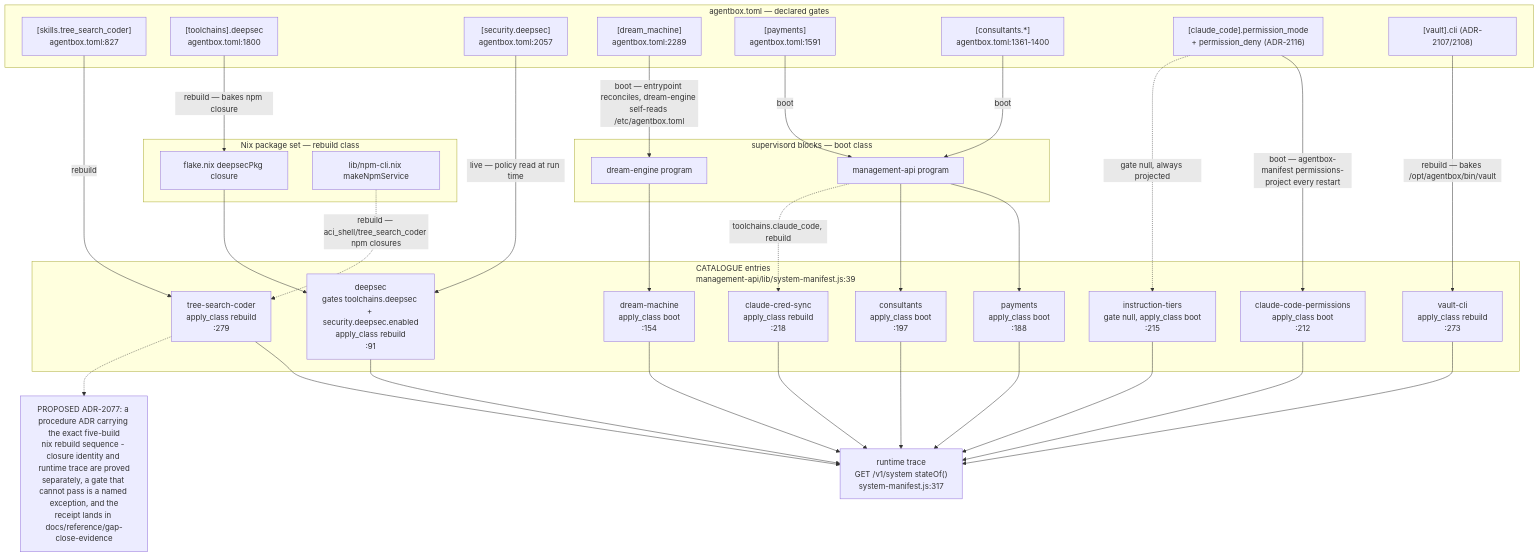
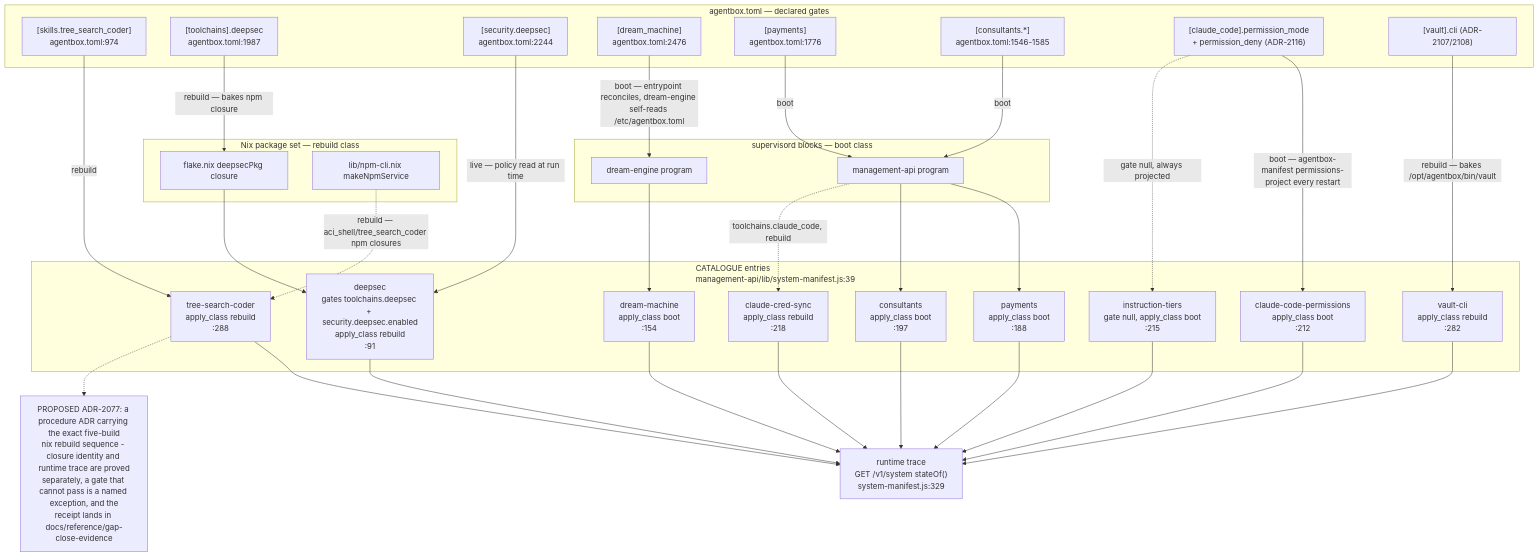
Before and after one commit to DreamLab-AI/VisionFlow: the first of 14 diagrams in docs/diagrams/agentbox/15-capability-gating-spend-consultants.md, drawn with Mermaid. The commit also changed other lines of this file and 80 other files, not shown here.

First line of the commit message:
docs(diagrams): re-verify the agentbox, dreamlab, estate and visionflow corpus against current sources

````diff
--- a/docs/diagrams/agentbox/15-capability-gating-spend-consultants.md
+++ b/docs/diagrams/agentbox/15-capability-gating-spend-consultants.md
@@ -52,61 +52,61 @@
 ```mermaid
 flowchart TD
     subgraph M["agentbox.toml — declared gates"]
-        M1["[skills.tree_search_coder]<br/>agentbox.toml:827"]
-        M2["[toolchains].deepsec<br/>agentbox.toml:1800"]
-        M3["[security.deepsec]<br/>agentbox.toml:2057"]
-        M4["[dream_machine]<br/>agentbox.toml:2289"]
-        M5["[payments]<br/>agentbox.toml:1591"]
-        M6["[consultants.*]<br/>agentbox.toml:1361-1400"]
+        M1["[skills.tree_search_coder]<br/>agentbox.toml:974"]
+        M2["[toolchains].deepsec<br/>agentbox.toml:1987"]
+        M3["[security.deepsec]<br/>agentbox.toml:2244"]
+        M4["[dream_machine]<br/>agentbox.toml:2476"]
+        M5["[payments]<br/>agentbox.toml:1776"]
+        M6["[consultants.*]<br/>agentbox.toml:1546-1585"]
         M7["[claude_code].permission_mode<br/>+ permission_deny (ADR-2116)"]
         M8["[vault].cli (ADR-2107/2108)"]
     end
     subgraph N["Nix package set — rebuild class"]
         N1["flake.nix deepsecPkg closure"]
         N2["lib/npm-cli.nix makeNpmService"]
     end
     subgraph S["supervisord blocks — boot class"]
         S1["dream-engine program"]
         S2["management-api program"]
     end
     subgraph C["CATALOGUE entries<br/>management-api/lib/system-manifest.js:39"]
-        C1["tree-search-coder<br/>apply_class rebuild<br/>:279"]
+        C1["tree-search-coder<br/>apply_class rebuild<br/>:288"]
         C2["deepsec<br/>gates toolchains.deepsec + security.deepsec.enabled<br/>apply_class rebuild<br/>:91"]
         C3["dream-machine<br/>apply_class boot<br/>:154"]
         C4["payments<br/>apply_class boot<br/>:188"]
         C5["consultants<br/>apply_class boot<br/>:197"]
         C6["claude-code-permissions<br/>apply_class boot<br/>:212"]
         C7["instruction-tiers<br/>gate null, apply_class boot<br/>:215"]
         C8["claude-cred-sync<br/>apply_class rebuild<br/>:218"]
-        C9["vault-cli<br/>apply_class rebuild<br/>:273"]
+        C9["vault-cli<br/>apply_class rebuild<br/>:282"]
     end
-    R["runtime trace<br/>GET /v1/system stateOf()<br/>system-manifest.js:317"]
+    R["runtime trace<br/>GET /v1/system stateOf()<br/>system-manifest.js:329"]
 
     M1 -->|"rebuild"| C1
     M2 -->|"rebuild — bakes npm closure"| N1
     N1 --> C2
     M3 -->|"live — policy read at run time"| C2
     M4 -->|"boot — entrypoint reconciles, dream-engine self-reads /etc/agentbox.toml"| S1
     S1 --> C3
     M5 -->|"boot"| S2
     S2 --> C4
     M6 -->|"boot"| S2
     S2 --> C5
     M7 -->|"boot — agentbox-manifest permissions-project every restart"| C6
     M7 -.->|"gate null, always projected"| C7
     M8 -->|"rebuild — bakes /opt/agentbox/bin/vault"| C9
     S2 -.->|"toolchains.claude_code, rebuild"| C8
     C1 --> R
     C2 --> R
     C3 --> R
     C4 --> R
     C5 --> R
     C6 --> R
     C7 --> R
     C8 --> R
     C9 --> R
     N2 -.->|"rebuild — aci_shell/tree_search_coder npm closures"| C1
 
     note1["PROPOSED ADR-2077: a procedure ADR carrying the exact five-build<br/>nix rebuild sequence - closure identity and runtime trace are proved<br/>separately, a gate that cannot pass is a named exception, and the<br/>receipt lands in docs/reference/gap-close-evidence"]
     C1 -.-> note1
 ```
````
